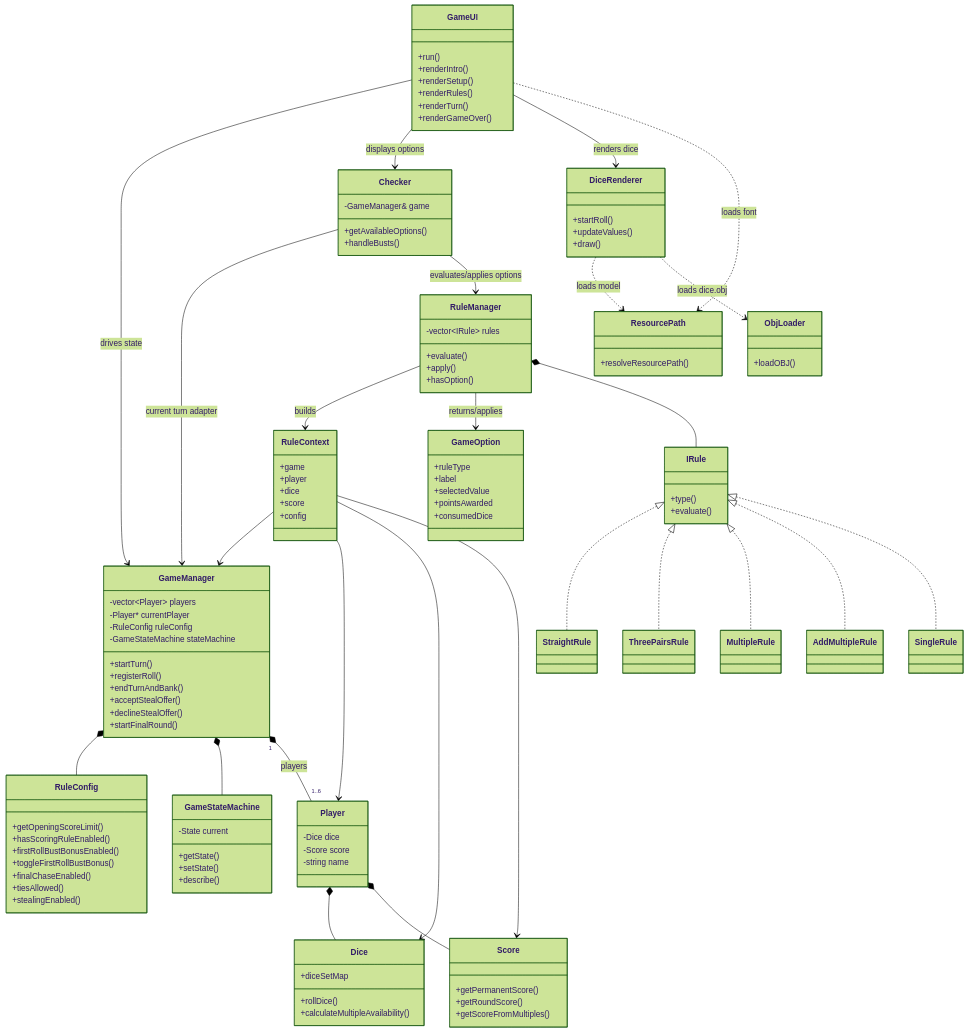
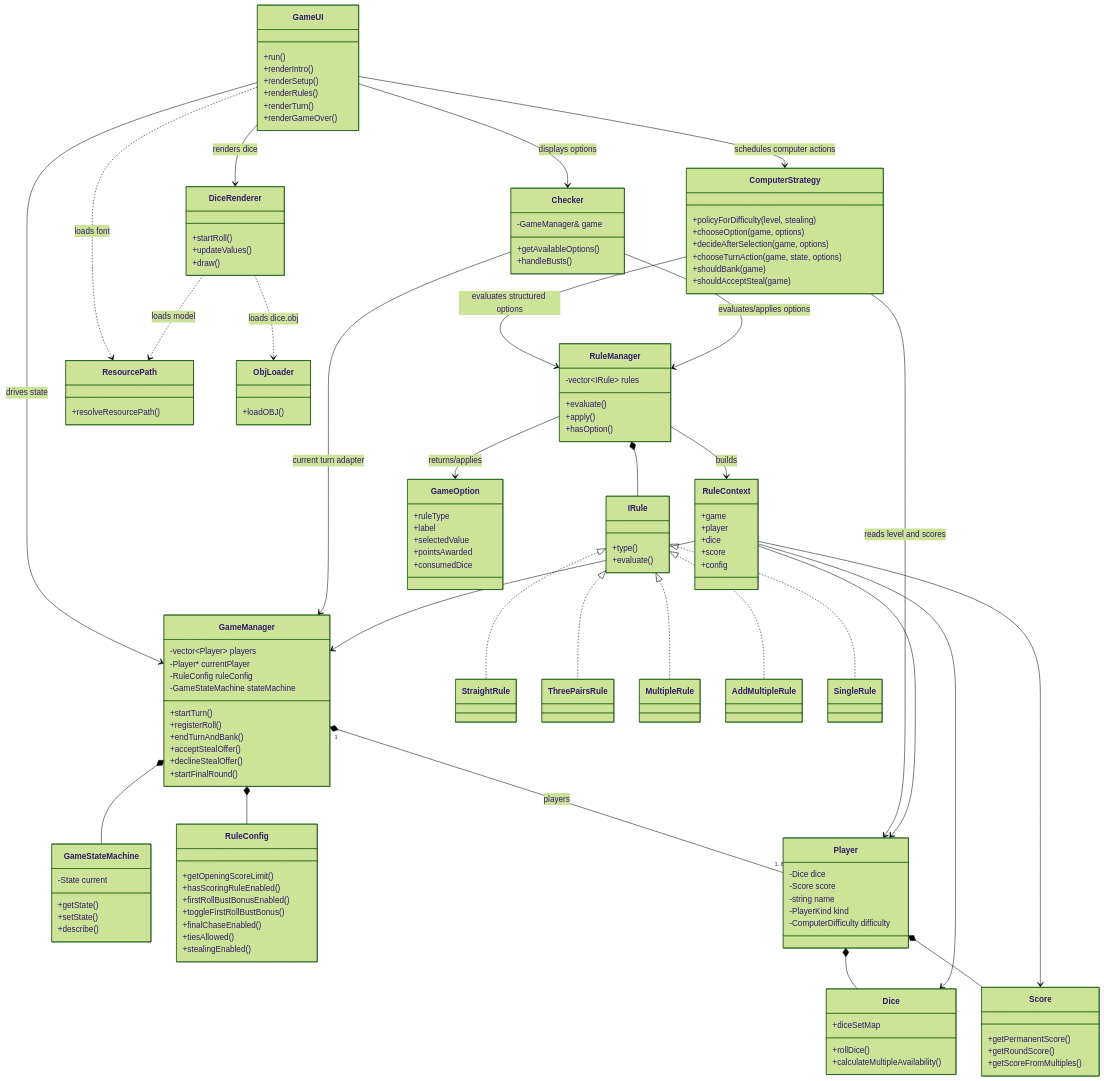
Before and after one commit to Jacoba1100254352/Zilch: the second of 2 diagrams in README.md, drawn with Mermaid (forest theme). The commit also changed other lines of this file and 9 other files, not shown here.

Commit message:
Add computer opponents and difficulty levels

```diff
--- a/README.md
+++ b/README.md
@@ -102,6 +133,14 @@
         +acceptStealOffer()
         +declineStealOffer()
         +startFinalRound()
+    }
+    class ComputerStrategy {
+        +policyForDifficulty(level, stealing)
+        +chooseOption(game, options)
+        +decideAfterSelection(game, options)
+        +chooseTurnAction(game, state, options)
+        +shouldBank(game)
+        +shouldAcceptSteal(game)
     }
     class GameStateMachine {
         -State current
@@ -156,6 +195,8 @@
         -Dice dice
         -Score score
         -string name
+        -PlayerKind kind
+        -ComputerDifficulty difficulty
     }
     class Dice {
         +diceSetMap
@@ -180,6 +221,7 @@
     }
 
     GameUI --> GameManager : drives state
+    GameUI --> ComputerStrategy : schedules computer actions
     GameUI --> Checker : displays options
     GameUI --> DiceRenderer : renders dice
     GameUI ..> ResourcePath : loads font
@@ -188,6 +230,8 @@
     GameManager "1" *-- "1..6" Player : players
     Player *-- Dice
     Player *-- Score
+    ComputerStrategy --> RuleManager : evaluates structured options
+    ComputerStrategy --> Player : reads level and scores
     Checker --> GameManager : current turn adapter
     Checker --> RuleManager : evaluates/applies options
     RuleManager --> RuleContext : builds
```
